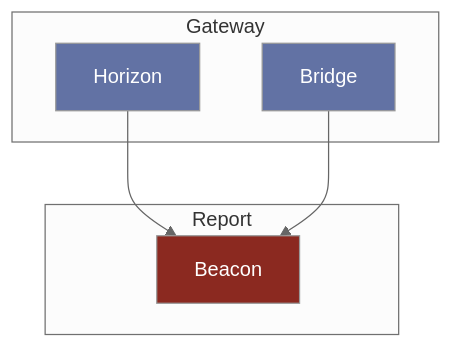
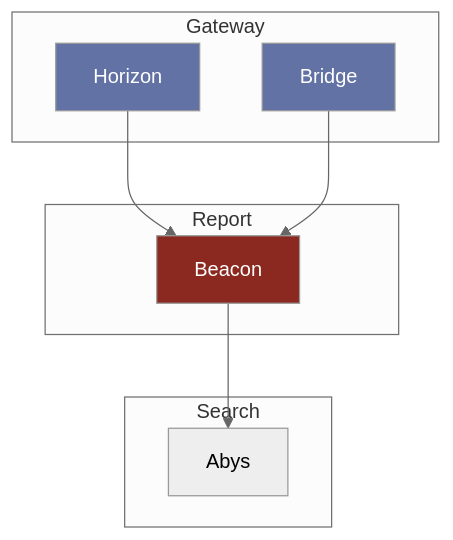
Before and after one commit to mathcovax/seaence: the diagram in docs/services/beacon/schema.md, drawn with Mermaid (neutral theme). The commit also changed other lines of this file and 10 other files, not shown here.

````diff
--- a/docs/services/beacon/schema.md
+++ b/docs/services/beacon/schema.md
@@ -9,20 +9,25 @@
 ```mermaid
 flowchart TB
     subgraph Gateway
         Horizon[Horizon]
         Bridge[Bridge]
     end
 
 	subgraph Report
 		Beacon[Beacon]
 	end
 
+	subgraph Search
+        Abys[Abys]
+    end
+
 	Horizon --> Beacon
 	Bridge --> Beacon
+	Beacon --> Abys
 	
     classDef gateway fill:#6272a4,color:white
 	classDef report fill:#8B2920,color:white
 
     class Horizon,Bridge gateway
 	class Beacon report
 ```
````
